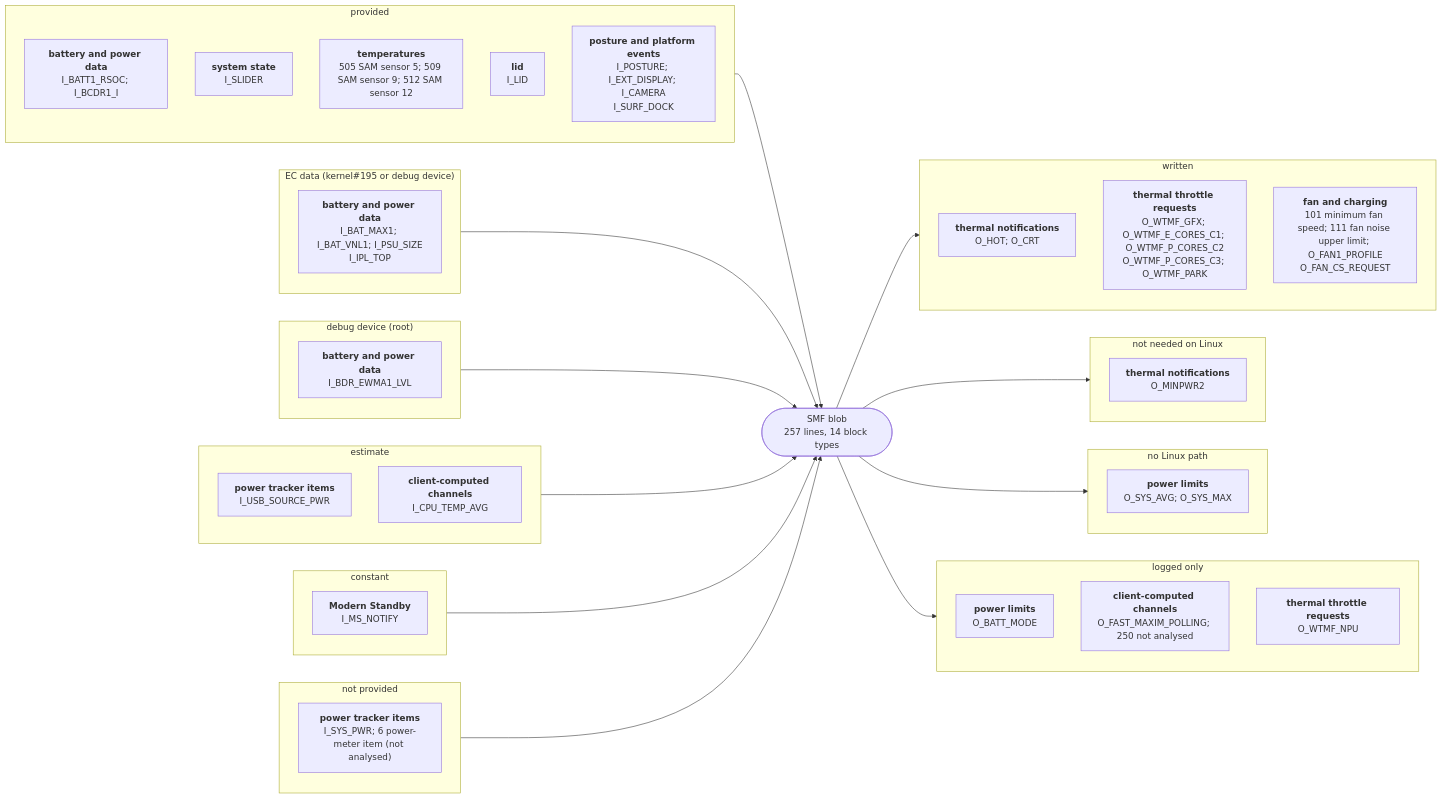
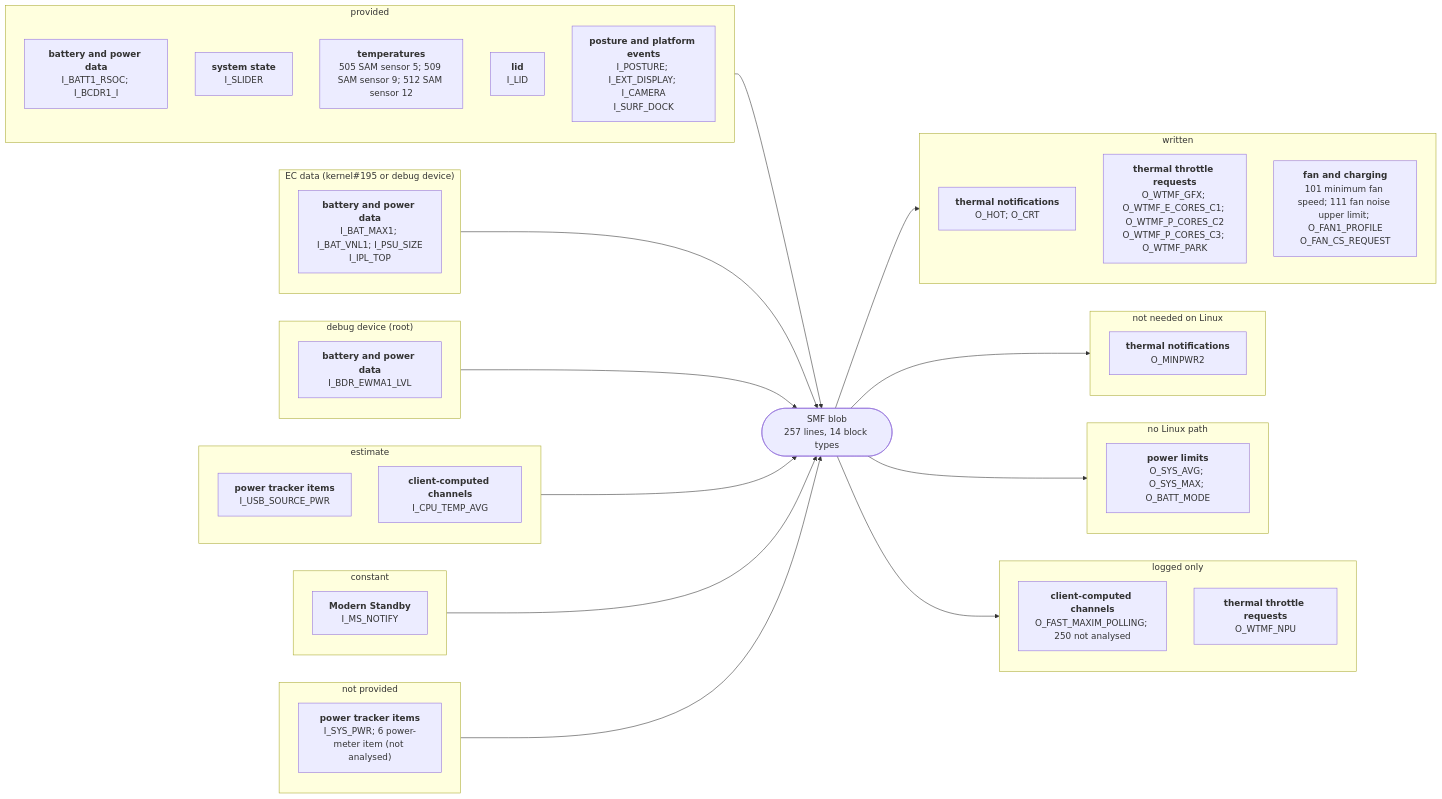
Before and after one commit to larsschellhas/linux-surface-power: the diagram in docs/devices/surface-laptop-7-snapdragon.md, drawn with Mermaid. The commit also changed other lines of this file and 41 other files, not shown here.

````diff
--- a/docs/devices/surface-laptop-7-snapdragon.md
+++ b/docs/devices/surface-laptop-7-snapdragon.md
@@ -20,53 +20,52 @@
 ```mermaid
 flowchart LR
     subgraph IN0["provided"]
         I0_28B7BD85["<b>battery and power data</b><br/>I_BATT1_RSOC; I_BCDR1_I"]
         I0_2DD6960F["<b>system state</b><br/>I_SLIDER"]
         I0_2E8B14C2["<b>temperatures</b><br/>505 SAM sensor 5; 509 SAM sensor 9; 512 SAM sensor 12"]
         I0_5D0EE597["<b>lid</b><br/>I_LID"]
         I0_8060B17F["<b>posture and platform events</b><br/>I_POSTURE; I_EXT_DISPLAY; I_CAMERA<br/>I_SURF_DOCK"]
     end
     IN0 --> B
     subgraph IN1["EC data (kernel#195 or debug device)"]
         I1_28B7BD85["<b>battery and power data</b><br/>I_BAT_MAX1; I_BAT_VNL1; I_PSU_SIZE<br/>I_IPL_TOP"]
     end
     IN1 --> B
     subgraph IN2["debug device (root)"]
         I2_28B7BD85["<b>battery and power data</b><br/>I_BDR_EWMA1_LVL"]
     end
     IN2 --> B
     subgraph IN3["estimate"]
         I3_049E36F2["<b>power tracker items</b><br/>I_USB_SOURCE_PWR"]
         I3_87008365["<b>client-computed channels</b><br/>I_CPU_TEMP_AVG"]
     end
     IN3 --> B
     subgraph IN4["constant"]
         I4_DEF1AB69["<b>Modern Standby</b><br/>I_MS_NOTIFY"]
     end
     IN4 --> B
     subgraph IN5["not provided"]
         I5_049E36F2["<b>power tracker items</b><br/>I_SYS_PWR; 6 power-meter item (not analysed)"]
     end
     IN5 --> B
     B(["SMF blob<br/>257 lines, 14 block types"])
     subgraph OUT0["written"]
         O0_110DF2A4["<b>thermal notifications</b><br/>O_HOT; O_CRT"]
         O0_9BBB8910["<b>thermal throttle requests</b><br/>O_WTMF_GFX; O_WTMF_E_CORES_C1; O_WTMF_P_CORES_C2<br/>O_WTMF_P_CORES_C3; O_WTMF_PARK"]
         O0_B620798F["<b>fan and charging</b><br/>101 minimum fan speed; 111 fan noise upper limit; O_FAN1_PROFILE<br/>O_FAN_CS_REQUEST"]
     end
     B --> OUT0
     subgraph OUT1["not needed on Linux"]
         O1_110DF2A4["<b>thermal notifications</b><br/>O_MINPWR2"]
     end
     B --> OUT1
     subgraph OUT2["no Linux path"]
-        O2_0B7B5350["<b>power limits</b><br/>O_SYS_AVG; O_SYS_MAX"]
+        O2_0B7B5350["<b>power limits</b><br/>O_SYS_AVG; O_SYS_MAX; O_BATT_MODE"]
     end
     B --> OUT2
     subgraph OUT3["logged only"]
-        O3_0B7B5350["<b>power limits</b><br/>O_BATT_MODE"]
         O3_87008365["<b>client-computed channels</b><br/>O_FAST_MAXIM_POLLING; 250 not analysed"]
         O3_9BBB8910["<b>thermal throttle requests</b><br/>O_WTMF_NPU"]
     end
     B --> OUT3
 ```
````
